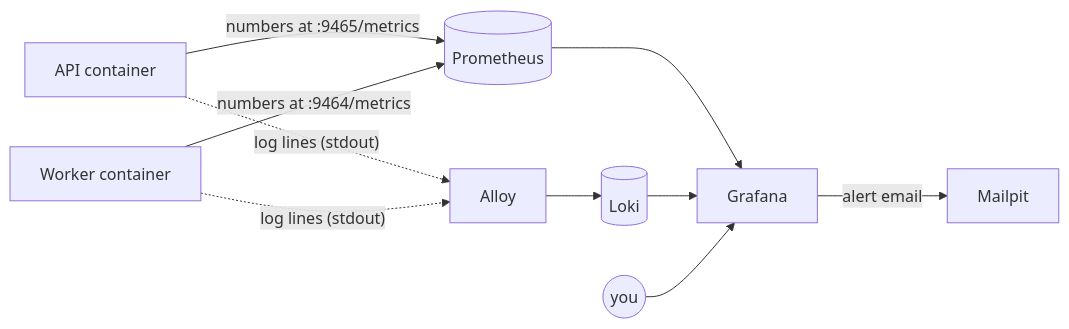
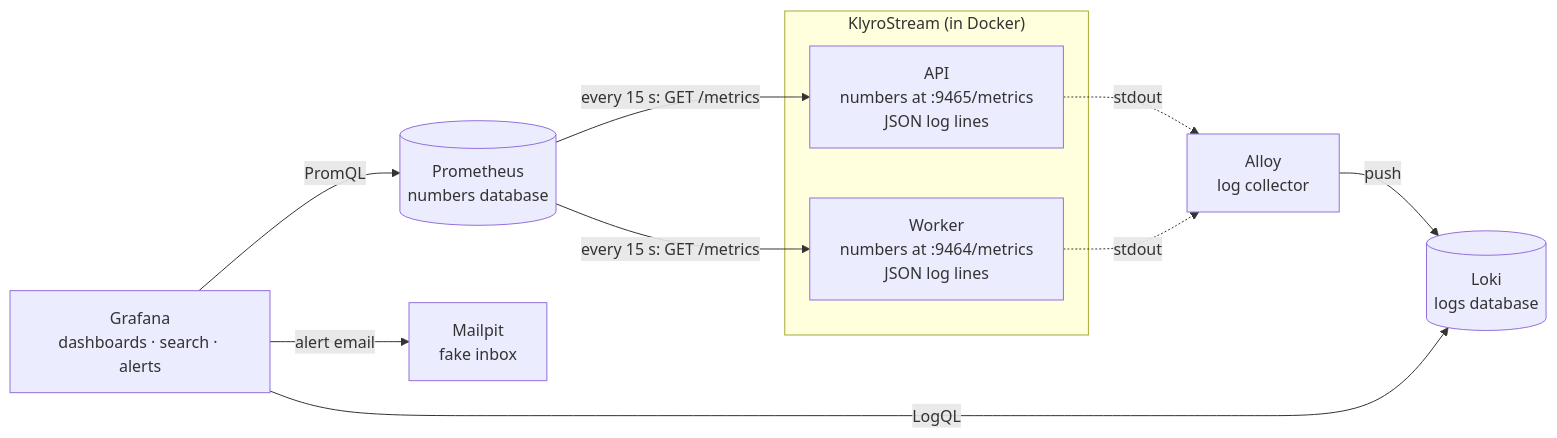
Before and after one commit to Muh-Hasan/klyro-stream: the first of 3 diagrams in docs/learning/monitoring-guide.md, drawn with Mermaid. The commit also changed other lines of this file and 5 other files, not shown here.

````diff
--- a/docs/learning/monitoring-guide.md
+++ b/docs/learning/monitoring-guide.md
@@ -36,12 +211,20 @@
 ```mermaid
 flowchart LR
-    API["API container"] -- "numbers at :9465/metrics" --> P[("Prometheus")]
-    W["Worker container"] -- "numbers at :9464/metrics" --> P
-    API -. "log lines (stdout)" .-> AL["Alloy"]
-    W -. "log lines (stdout)" .-> AL
-    AL --> L[("Loki")]
-    P --> G["Grafana"]
-    L --> G
-    G -- "alert email" --> M["Mailpit"]
-    You(("you")) --> G
+    subgraph App["KlyroStream (in Docker)"]
+        API["API<br/>numbers at :9465/metrics<br/>JSON log lines"]
+        W["Worker<br/>numbers at :9464/metrics<br/>JSON log lines"]
+    end
+    P[("Prometheus<br/>numbers database")]
+    AL["Alloy<br/>log collector"]
+    L[("Loki<br/>logs database")]
+    G["Grafana<br/>dashboards · search · alerts"]
+    M["Mailpit<br/>fake inbox"]
+    P -- "every 15 s: GET /metrics" --> API
+    P -- "every 15 s: GET /metrics" --> W
+    API -. "stdout" .-> AL
+    W -. "stdout" .-> AL
+    AL -- "push" --> L
+    G -- "PromQL" --> P
+    G -- "LogQL" --> L
+    G -- "alert email" --> M
 ```
````
